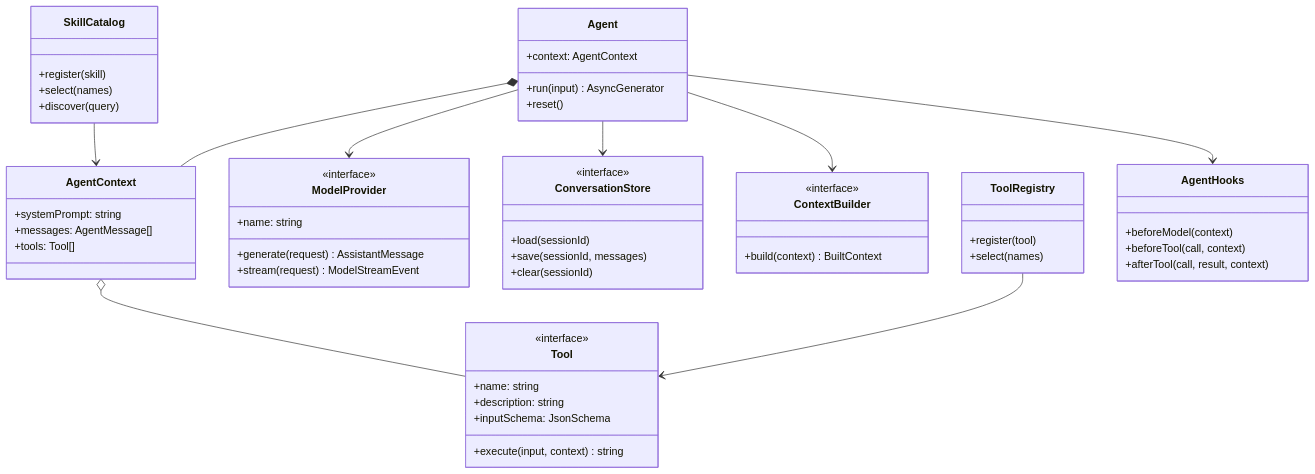
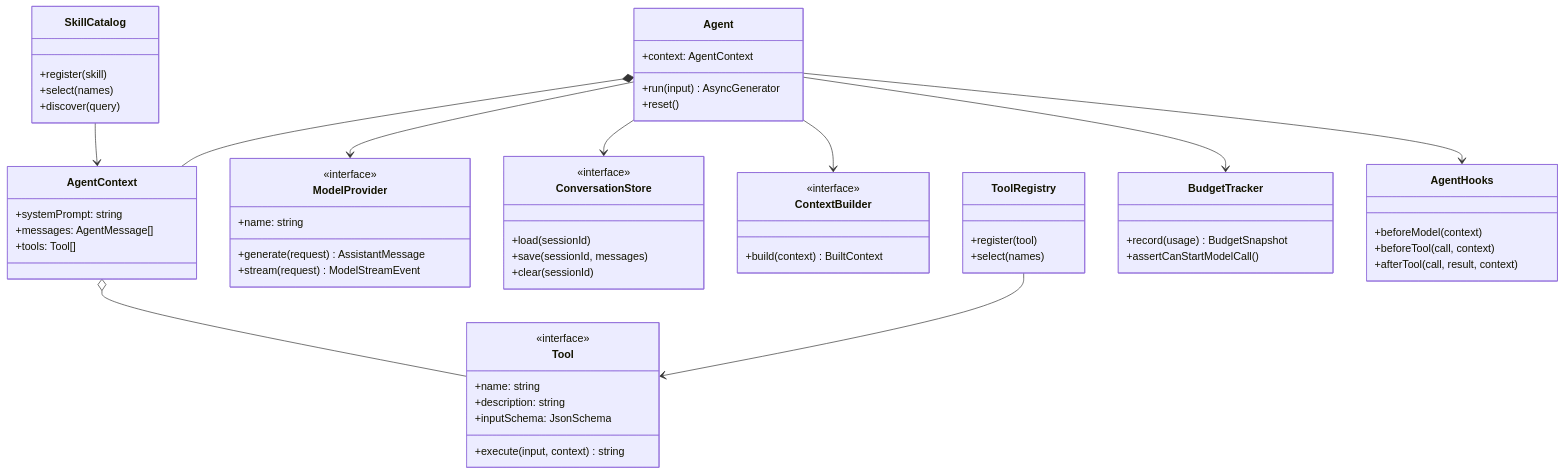
One commit to daiwk/building-agents-from-scratch changed the diagram in docs/architecture.md. Above: the diagram before and after it, drawn with Mermaid. The commit also changed other lines of this file and 26 other files, not shown here.

````diff
--- a/docs/architecture.md
+++ b/docs/architecture.md
@@ -5,59 +5,64 @@
 ```mermaid
 classDiagram
     class Agent {
       +context: AgentContext
       +run(input) AsyncGenerator
       +reset()
     }
     class AgentContext {
       +systemPrompt: string
       +messages: AgentMessage[]
       +tools: Tool[]
     }
     class ModelProvider {
       <<interface>>
       +name: string
       +generate(request) AssistantMessage
       +stream(request) ModelStreamEvent
     }
     class Tool {
       <<interface>>
       +name: string
       +description: string
       +inputSchema: JsonSchema
       +execute(input, context) string
     }
     class AgentHooks {
       +beforeModel(context)
       +beforeTool(call, context)
       +afterTool(call, result, context)
     }
     class ConversationStore {
       <<interface>>
       +load(sessionId)
       +save(sessionId, messages)
       +clear(sessionId)
     }
     class ToolRegistry {
       +register(tool)
       +select(names)
     }
     class SkillCatalog {
       +register(skill)
       +select(names)
       +discover(query)
     }
     class ContextBuilder {
       <<interface>>
       +build(context) BuiltContext
     }
+    class BudgetTracker {
+      +record(usage) BudgetSnapshot
+      +assertCanStartModelCall()
+    }
 
     Agent *-- AgentContext
     Agent --> ModelProvider
     Agent --> ConversationStore
     Agent --> ContextBuilder
+    Agent --> BudgetTracker
     AgentContext o-- Tool
     Agent --> AgentHooks
     ToolRegistry --> Tool
     SkillCatalog --> AgentContext
 ```
````
